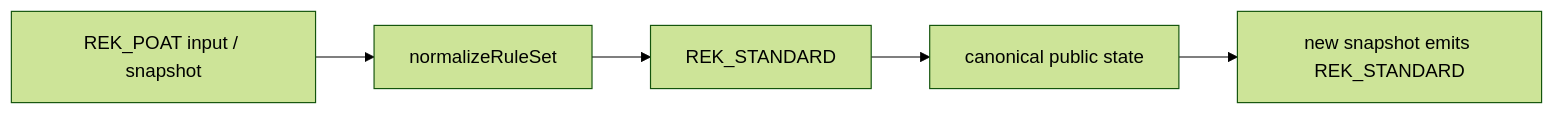
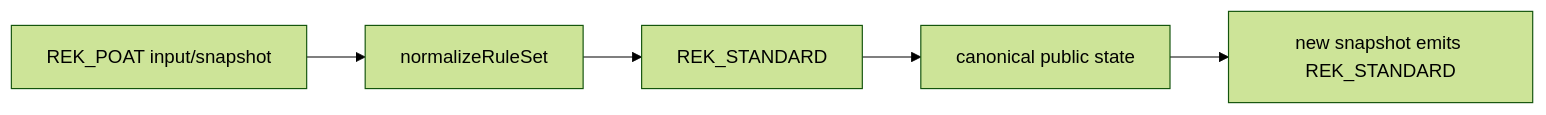
One commit to machxanht/Rek-Khmer-Chess changed the third of 7 diagrams in ENGINE_ARCHITECTURE_REK_KHMER.md. Above: the diagram before and after it, drawn with Mermaid (forest theme). The commit also changed other lines of this file and 7 other files, not shown here.

````diff
--- a/ENGINE_ARCHITECTURE_REK_KHMER.md
+++ b/ENGINE_ARCHITECTURE_REK_KHMER.md
@@ -152,7 +176,7 @@
 ```mermaid
 flowchart LR
-    OLD[REK_POAT input / snapshot] --> N[normalizeRuleSet]
+    OLD[REK_POAT input/snapshot] --> N[normalizeRuleSet]
     N --> STD[REK_STANDARD]
     STD --> STATE[canonical public state]
     STATE --> SNAP[new snapshot emits REK_STANDARD]
 ```
````
